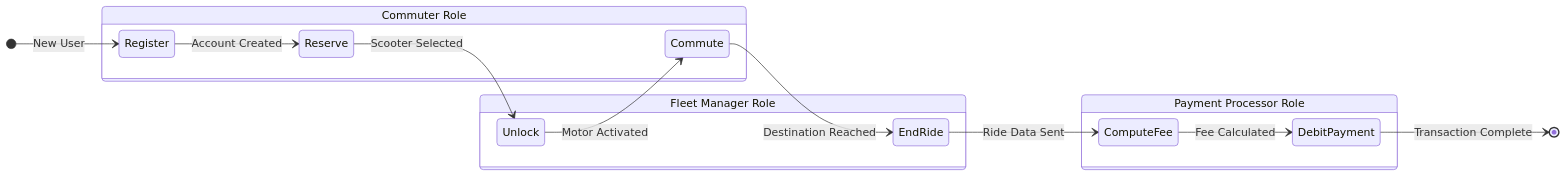
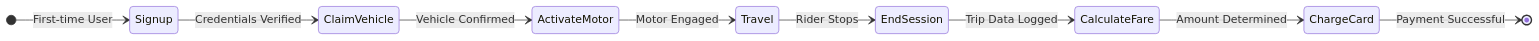
One commit to Siddharthpatni/Requirment_Asssignment changed the second of 2 diagrams in Exercise_04/Solution_Exercise_04_Goal_Model.md. Above: the diagram before and after it, drawn with Mermaid. The commit also changed other lines of this file and 9 other files, not shown here.

````diff
--- a/Exercise_04/Solution_Exercise_04_Goal_Model.md
+++ b/Exercise_04/Solution_Exercise_04_Goal_Model.md
@@ -133,29 +141,13 @@
 ```mermaid
 stateDiagram-v2
     direction LR
     
-    %% Role Lanes
-    state "Commuter Role" as CR {
-        Register
-        Reserve
-        Commute
-    }
-    state "Fleet Manager Role" as FMR {
-        Unlock
-        EndRide
-    }
-    state "Payment Processor Role" as PPR {
-        ComputeFee
-        DebitPayment
-    }
-
-    %% Sequence Flow
-    [*] --> Register: New User
-    Register --> Reserve: Account Created
-    Reserve --> Unlock: Scooter Selected
-    Unlock --> Commute: Motor Activated
-    Commute --> EndRide: Destination Reached
-    EndRide --> ComputeFee: Ride Data Sent
-    ComputeFee --> DebitPayment: Fee Calculated
-    DebitPayment --> [*]: Transaction Complete
+    [*] --> Signup: First-time User
+    Signup --> ClaimVehicle: Credentials Verified
+    ClaimVehicle --> ActivateMotor: Vehicle Confirmed
+    ActivateMotor --> Travel: Motor Engaged
+    Travel --> EndSession: Rider Stops
+    EndSession --> CalculateFare: Trip Data Logged
+    CalculateFare --> ChargeCard: Amount Determined
+    ChargeCard --> [*]: Payment Successful
 ```
````
